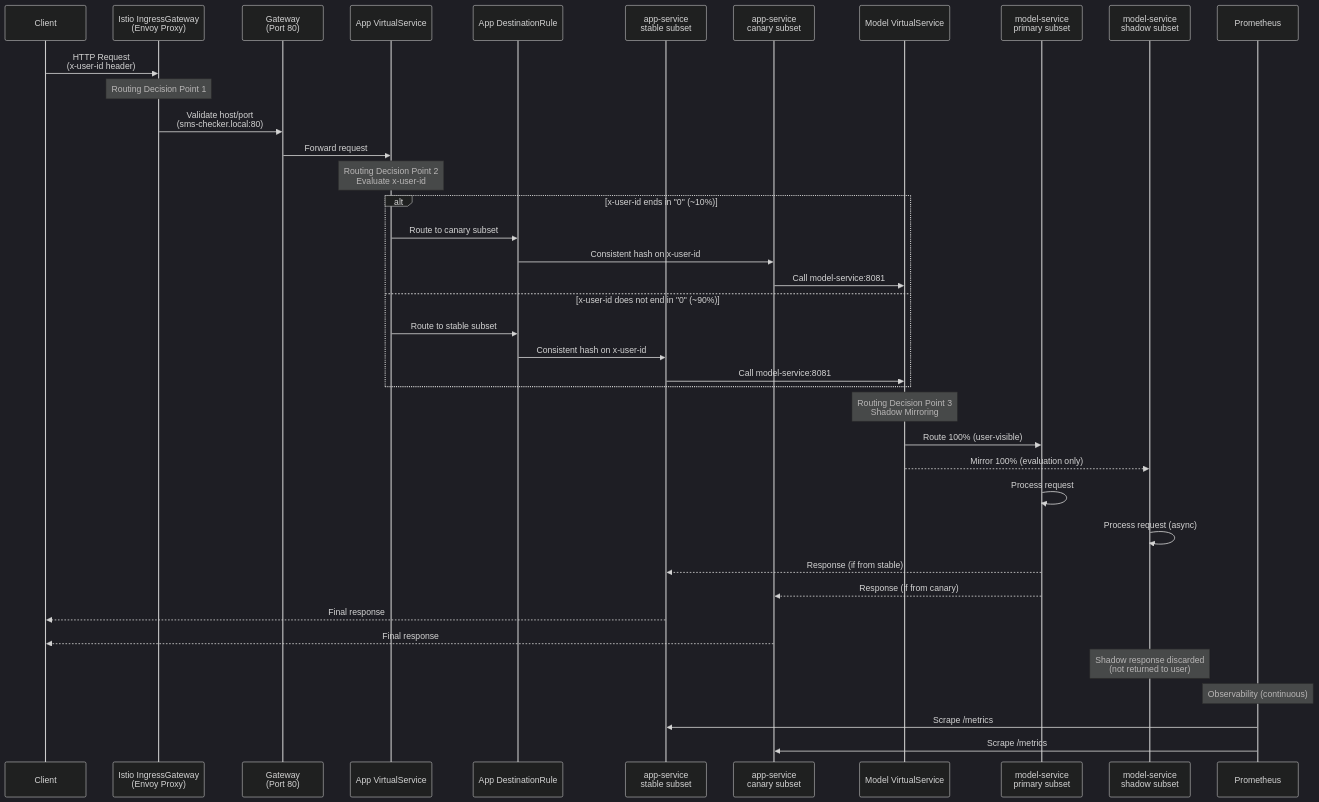
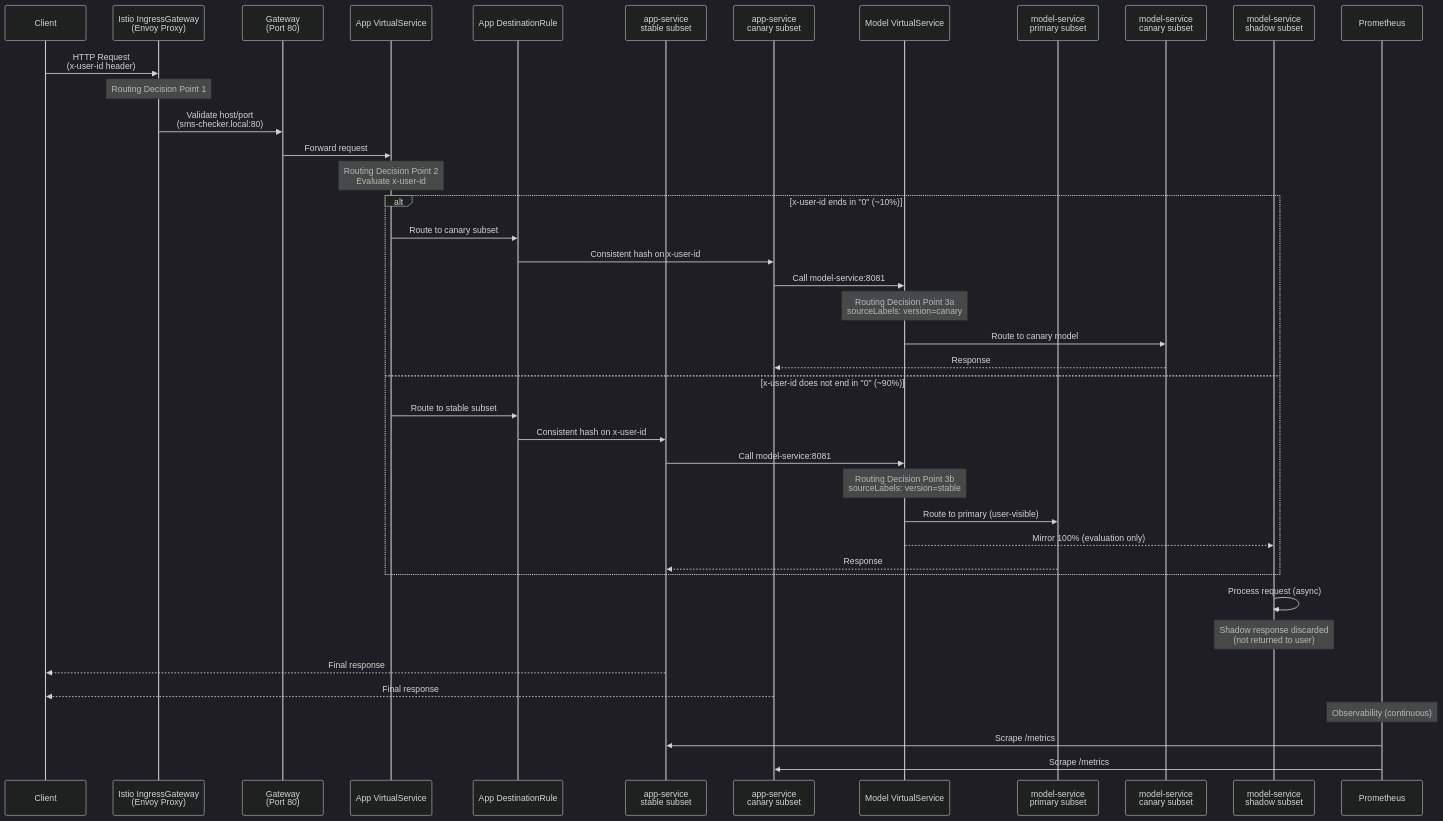
Before and after one commit to doda25-team2/operation: the sixth of 8 diagrams in docs/deployment.md, drawn with Mermaid (dark theme). The commit also changed other lines of this file, not shown here.

Commit message:
Update deployment documentation with canary model service

````diff
--- a/docs/deployment.md
+++ b/docs/deployment.md
@@ -381,48 +389,48 @@
 ```mermaid
 sequenceDiagram
     participant Client
     participant IngressGW as Istio IngressGateway<br/>(Envoy Proxy)
     participant Gateway as Gateway<br/>(Port 80)
     participant AppVS as App VirtualService
     participant AppDR as App DestinationRule
     participant AppStable as app-service<br/>stable subset
     participant AppCanary as app-service<br/>canary subset
     participant ModelVS as Model VirtualService
     participant ModelPrimary as model-service<br/>primary subset
+    participant ModelCanary as model-service<br/>canary subset
     participant ModelShadow as model-service<br/>shadow subset
     participant Prometheus
 
     Client->>IngressGW: HTTP Request<br/>(x-user-id header)
     Note over IngressGW: Routing Decision Point 1
     IngressGW->>Gateway: Validate host/port<br/>(sms-checker.local:80)
     Gateway->>AppVS: Forward request
     
     Note over AppVS: Routing Decision Point 2<br/>Evaluate x-user-id
     alt x-user-id ends in "0" (~10%)
         AppVS->>AppDR: Route to canary subset
         AppDR->>AppCanary: Consistent hash on x-user-id
         AppCanary->>ModelVS: Call model-service:8081
+        Note over ModelVS: Routing Decision Point 3a<br/>sourceLabels: version=canary
+        ModelVS->>ModelCanary: Route to canary model
+        ModelCanary-->>AppCanary: Response
     else x-user-id does not end in "0" (~90%)
         AppVS->>AppDR: Route to stable subset
         AppDR->>AppStable: Consistent hash on x-user-id
         AppStable->>ModelVS: Call model-service:8081
+        Note over ModelVS: Routing Decision Point 3b<br/>sourceLabels: version=stable
+        ModelVS->>ModelPrimary: Route to primary (user-visible)
+        ModelVS-->>ModelShadow: Mirror 100% (evaluation only)
+        ModelPrimary-->>AppStable: Response
     end
-
-    Note over ModelVS: Routing Decision Point 3<br/>Shadow Mirroring
-    ModelVS->>ModelPrimary: Route 100% (user-visible)
-    ModelVS-->>ModelShadow: Mirror 100% (evaluation only)
     
-    ModelPrimary->>ModelPrimary: Process request
     ModelShadow->>ModelShadow: Process request (async)
+    Note over ModelShadow: Shadow response discarded<br/>(not returned to user)
     
-    ModelPrimary-->>AppStable: Response (if from stable)
-    ModelPrimary-->>AppCanary: Response (if from canary)
     AppStable-->>Client: Final response
     AppCanary-->>Client: Final response
-    
-    Note over ModelShadow: Shadow response discarded<br/>(not returned to user)
     
     Note over Prometheus: Observability (continuous)
     Prometheus->>AppStable: Scrape /metrics
     Prometheus->>AppCanary: Scrape /metrics
 ```
````
